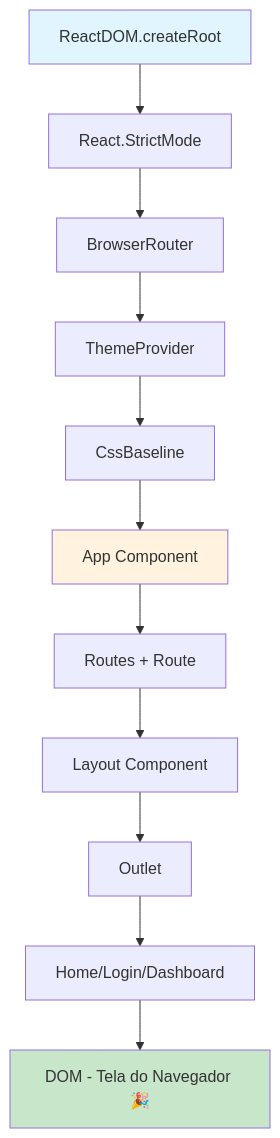
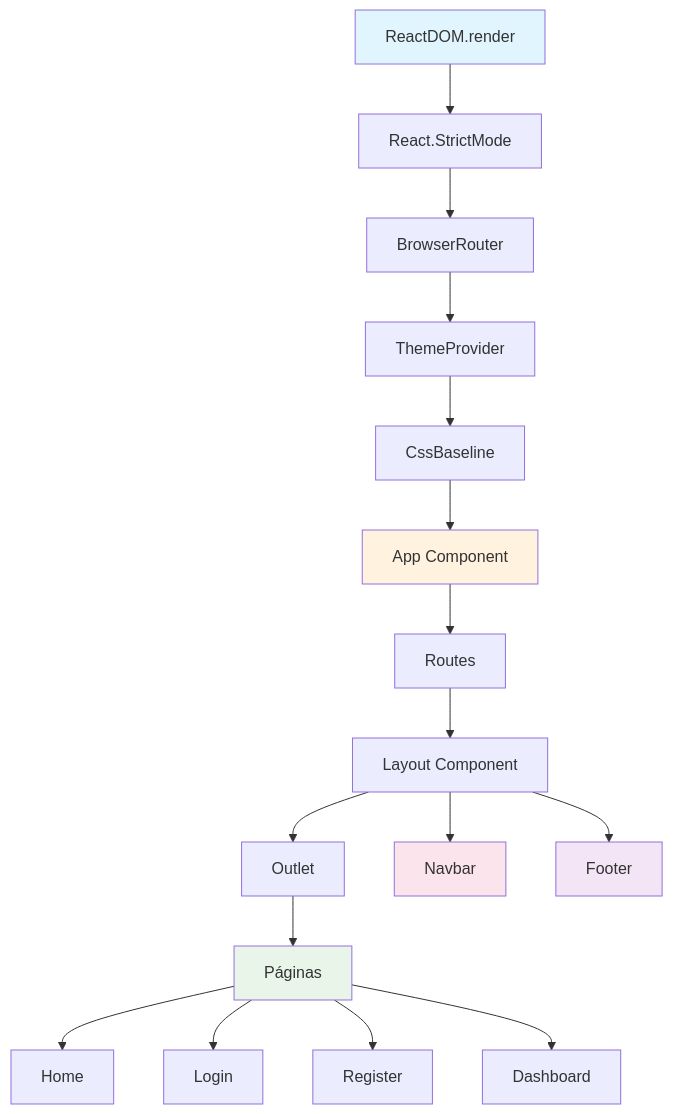
The diagram in README.md (Site-TI-II/mess-away), drawn with Mermaid before and after one commit. The commit also changed other lines of this file, not shown here.

Commit message:
Atualiza a seção de hierarquia de renderização no README.md, removendo o fluxo antigo e adicionando um novo fluxo simplificado com detalhes sobre as páginas e componentes da aplicação.

````diff
--- a/README.md
+++ b/README.md
@@ -419,17 +463,26 @@
 ```mermaid
 graph TD
-    A[ReactDOM.createRoot] --> B[React.StrictMode]
+    A[ReactDOM.render] --> B[React.StrictMode]
     B --> C[BrowserRouter]
     C --> D[ThemeProvider]
     D --> E[CssBaseline]
     E --> F[App Component]
-    F --> G[Routes + Route]
+    F --> G[Routes]
     G --> H[Layout Component]
     H --> I[Outlet]
-    I --> J[Home/Login/Dashboard]
-    J --> K[DOM - Tela do Navegador 🎉]
+    I --> J[Páginas]
+    
+    J --> K[Home]
+    J --> L[Login]
+    J --> M[Register]
+    J --> N[Dashboard]
+    
+    H --> O[Navbar]
+    H --> P[Footer]
     
     style A fill:#e1f5fe
-    style K fill:#c8e6c9
     style F fill:#fff3e0
+    style J fill:#e8f5e8
+    style O fill:#fce4ec
+    style P fill:#f3e5f5
 ```
````
